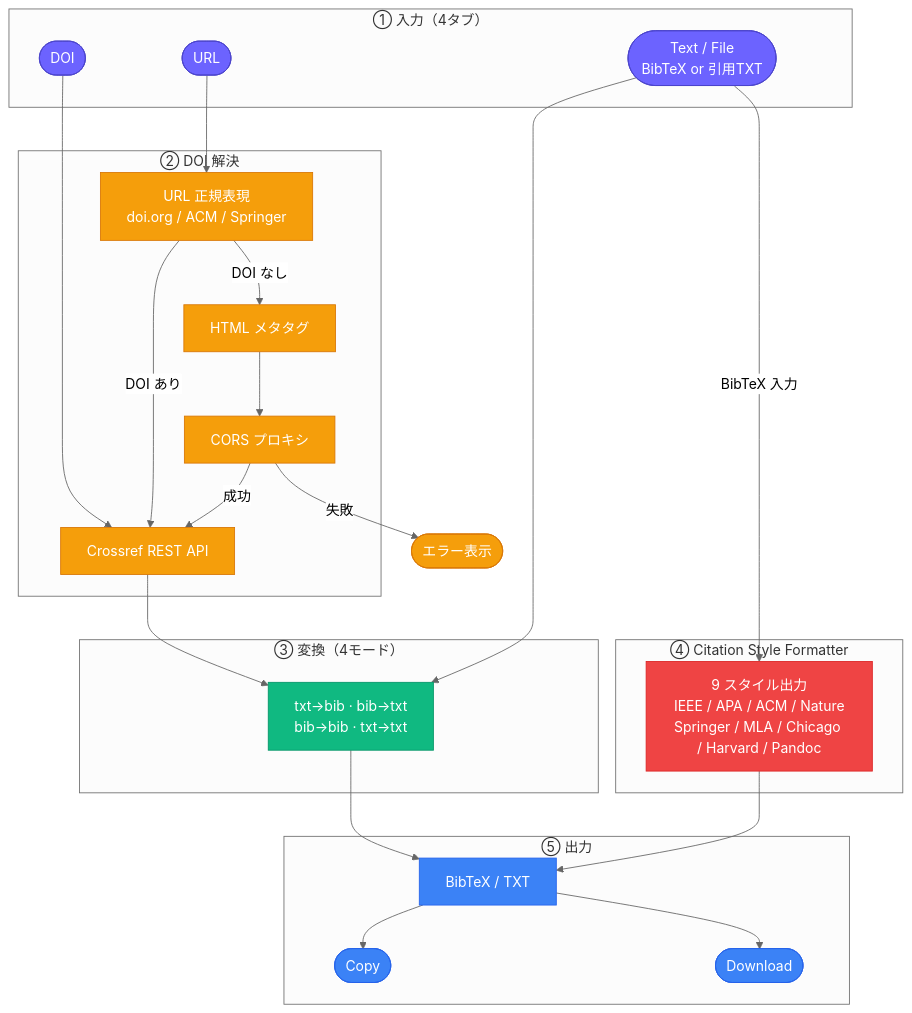
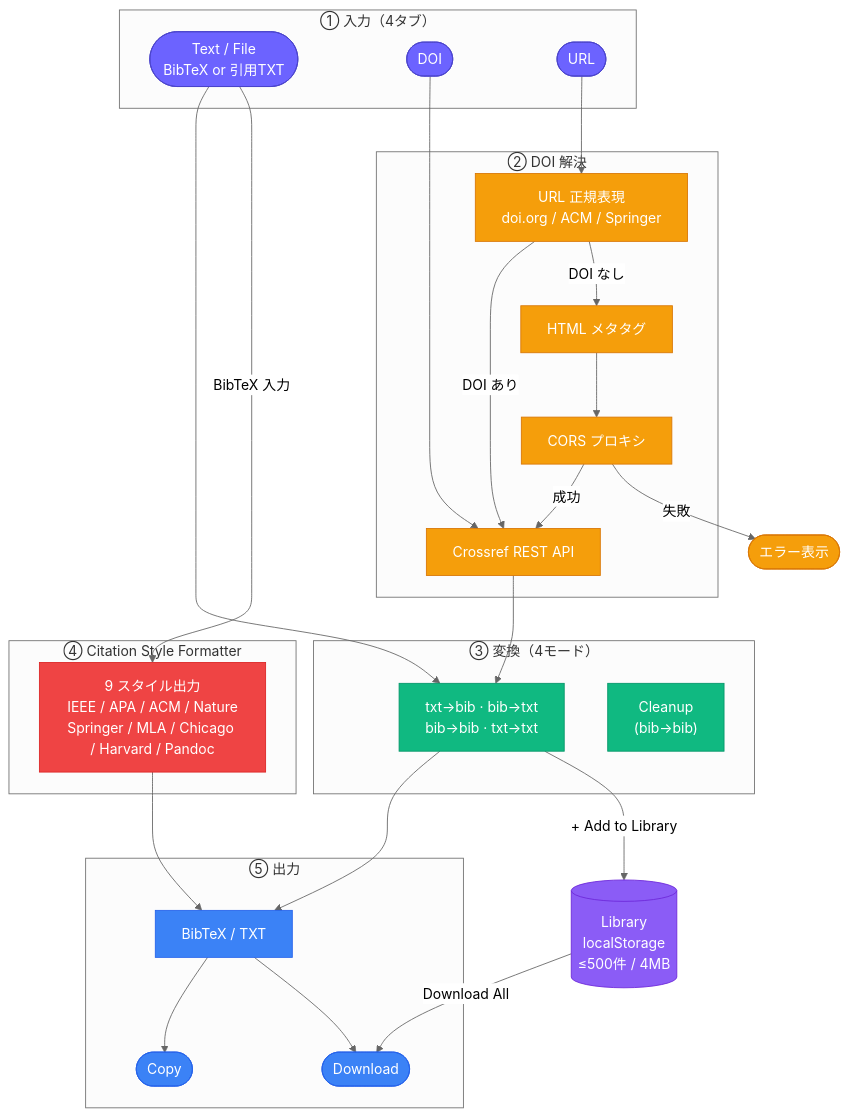
One commit to Axe0320/citation-bibtex-converter changed the first of 2 diagrams in README.md. Above: the diagram before and after it, drawn with Mermaid (neutral theme). The commit also changed other lines of this file, not shown here.

First line of the commit message:
docs: update README for v5 (Library + Cleanup)

````diff
--- a/README.md
+++ b/README.md
@@ -48,48 +49,54 @@
 ```mermaid
 flowchart TD
     classDef input  fill:#6C63FF,color:#fff,stroke:#4a44cc
     classDef api    fill:#F59E0B,color:#fff,stroke:#D97706
     classDef parse  fill:#10B981,color:#fff,stroke:#059669
     classDef format fill:#EF4444,color:#fff,stroke:#DC2626
     classDef out    fill:#3B82F6,color:#fff,stroke:#2563EB
+    classDef store  fill:#8B5CF6,color:#fff,stroke:#6D28D9
 
     subgraph IN["① 入力（4タブ）"]
         T([Text / File\nBibTeX or 引用TXT]):::input
         D([DOI]):::input
         U([URL]):::input
     end
 
     subgraph RESOLVE["② DOI 解決"]
         RX[URL 正規表現\ndoi.org / ACM / Springer]:::api
         META[HTML メタタグ]:::api
         PROXY[CORS プロキシ]:::api
         CR[Crossref REST API]:::api
     end
 
     subgraph CONVERT["③ 変換（4モード）"]
         CV["txt→bib  ·  bib→txt\nbib→bib  ·  txt→txt"]:::parse
+        CL["Cleanup\n(bib→bib)"]:::parse
     end
 
     subgraph STYLE["④ Citation Style Formatter"]
         SF["9 スタイル出力\nIEEE / APA / ACM / Nature\nSpringer / MLA / Chicago / Harvard / Pandoc"]:::format
     end
 
     subgraph OUT["⑤ 出力"]
         OP[BibTeX / TXT]:::out
         CP([Copy]):::out
         DL([Download]):::out
     end
 
+    LIB[(Library\nlocalStorage\n≤500件 / 4MB)]:::store
+
     D --> CR
     U --> RX
     RX -->|"DOI あり"| CR
     RX -->|"DOI なし"| META --> PROXY
     PROXY -->|"成功"| CR
     PROXY -->|"失敗"| ERR([エラー表示]):::api
     CR --> CV
     T --> CV
     T -->|"BibTeX 入力"| SF
     CV --> OP
+    CV -->|"+ Add to Library"| LIB
     SF --> OP
     OP --> CP & DL
+    LIB -->|"Download All"| DL
 ```
````
